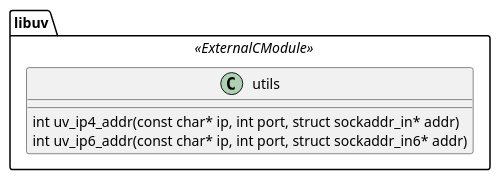
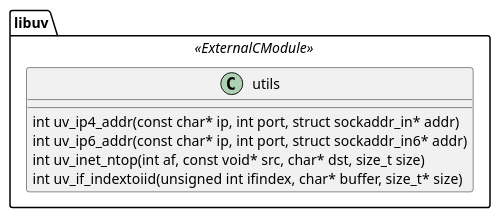
Before and after one commit to Ayase-252/note-figures: the diagram in node/src/deps/libuv/utils.puml, drawn with PlantUML. The commit also changed 15 other files, not shown here.

Commit message:
docs: update UML figure for node.js

```diff
--- a/node/src/deps/libuv/utils.puml
+++ b/node/src/deps/libuv/utils.puml
@@ -1,8 +1,10 @@
 @startuml deps/libuv/utils
 namespace libuv <<ExternalCModule>> {
   class utils {
     int uv_ip4_addr(const char* ip, int port, struct sockaddr_in* addr)
     int uv_ip6_addr(const char* ip, int port, struct sockaddr_in6* addr)
+    int uv_inet_ntop(int af, const void* src, char* dst, size_t size)
+    int uv_if_indextoiid(unsigned int ifindex, char* buffer, size_t* size)
   }
 }
 @enduml
```
